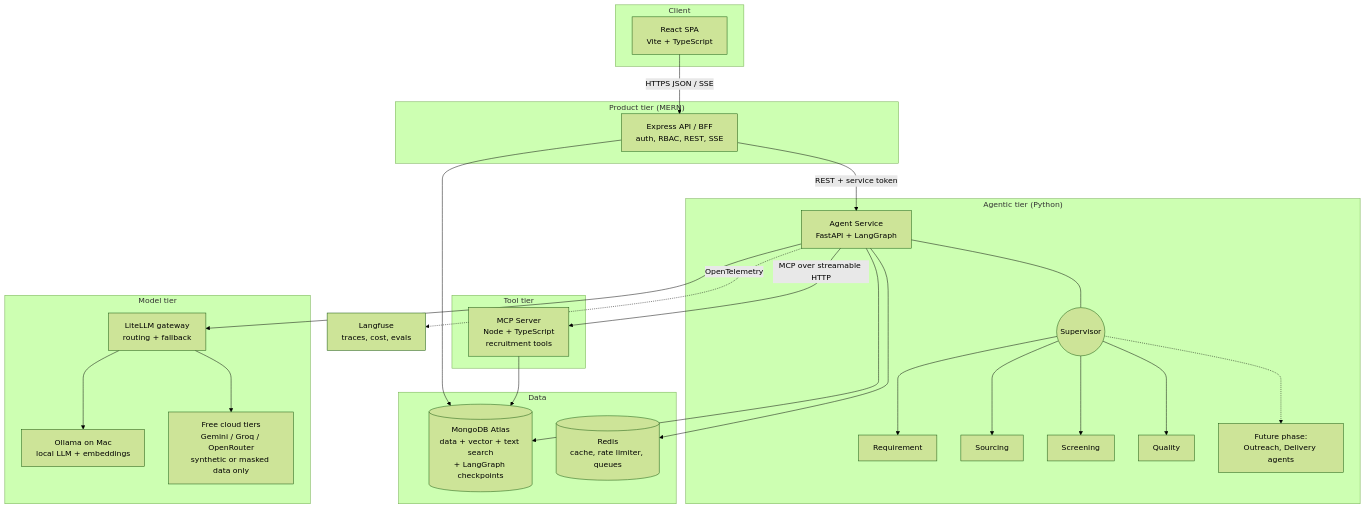
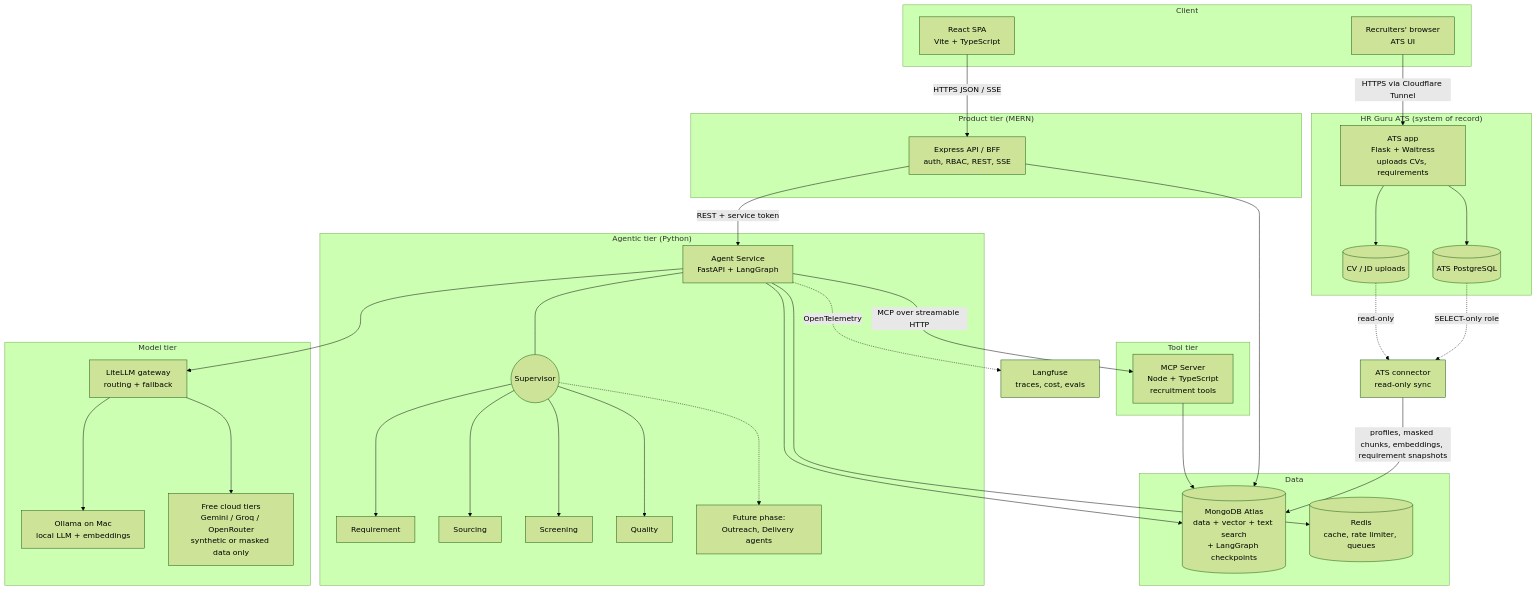
One commit to a54000/talentscout-agentic-hr changed the first of 2 diagrams in docs/03-architecture/HLD.md. Above: the diagram before and after it, drawn with Mermaid (forest theme). The commit also changed other lines of this file and 19 other files, not shown here.

First line of the commit message:
docs: TS-EA ATS as system of record, TalentScout name, 25 recruiters, task checklist

````diff
--- a/docs/03-architecture/HLD.md
+++ b/docs/03-architecture/HLD.md
@@ -7,52 +7,67 @@
 ```mermaid
 flowchart TB
   subgraph Client
     WEB[React SPA<br/>Vite + TypeScript]
+    RUI[Recruiters' browser<br/>ATS UI]
   end
+
+  subgraph ATSTier["HR Guru ATS (system of record)"]
+    ATS[ATS app<br/>Flask + Waitress<br/>uploads CVs, requirements]
+    APG[(ATS PostgreSQL)]
+    UPL[(CV / JD uploads)]
+    ATS --> APG
+    ATS --> UPL
+  end
+
+  CON[ATS connector<br/>read-only sync]
 
   subgraph Product["Product tier (MERN)"]
     API[Express API / BFF<br/>auth, RBAC, REST, SSE]
   end
 
   subgraph Agentic["Agentic tier (Python)"]
     AGS[Agent Service<br/>FastAPI + LangGraph]
     SUP((Supervisor))
     REQ[Requirement]
     SRC[Sourcing]
     SCR[Screening]
     QA[Quality]
     FUT[Future phase:<br/>Outreach, Delivery agents]
     AGS --- SUP
     SUP --> REQ & SRC & SCR & QA
     SUP -.-> FUT
   end
 
   subgraph Tools["Tool tier"]
     MCP[MCP Server<br/>Node + TypeScript<br/>recruitment tools]
   end
 
   subgraph Models["Model tier"]
     GW[LiteLLM gateway<br/>routing + fallback]
     OLL[Ollama on Mac<br/>local LLM + embeddings]
     FREE[Free cloud tiers<br/>Gemini / Groq / OpenRouter<br/>synthetic or masked data only]
     GW --> OLL
     GW --> FREE
   end
 
   subgraph Data
     MDB[(MongoDB Atlas<br/>data + vector + text search<br/>+ LangGraph checkpoints)]
     RDS[(Redis<br/>cache, rate limiter, queues)]
   end
 
   OBS[Langfuse<br/>traces, cost, evals]
 
+  RUI -->|HTTPS via Cloudflare Tunnel| ATS
+  APG -.->|SELECT-only role| CON
+  UPL -.->|read-only| CON
+  CON -->|profiles, masked chunks, embeddings, requirement snapshots| MDB
   WEB -->|HTTPS JSON / SSE| API
   API -->|REST + service token| AGS
   API --> MDB
   AGS -->|MCP over streamable HTTP| MCP
   MCP --> MDB
   AGS --> GW
   AGS --> MDB
   AGS --> RDS
   AGS -.->|OpenTelemetry| OBS
 ```
````
